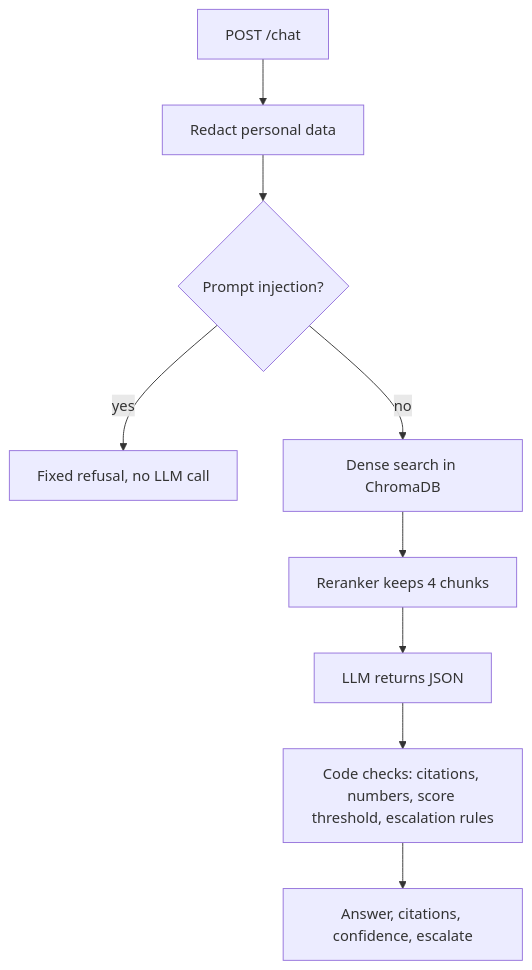
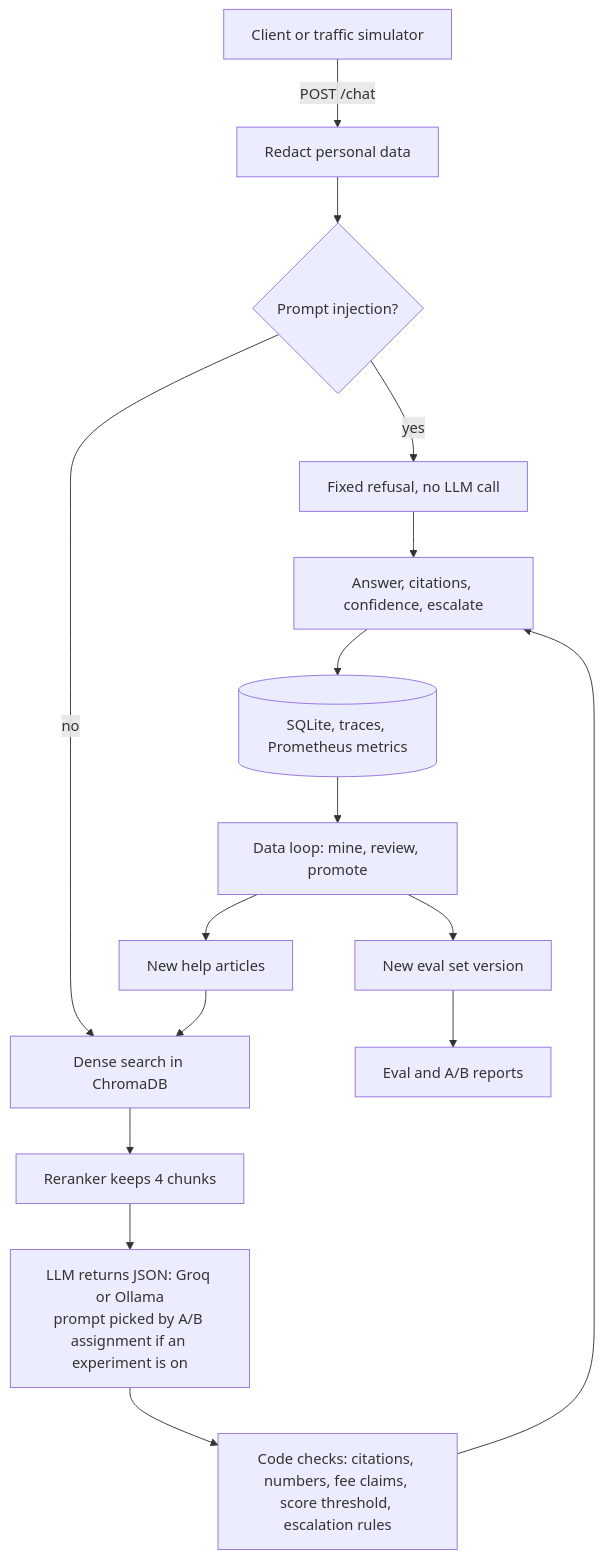
One commit to alphindas/supportloop changed the diagram in README.md. Above: the diagram before and after it, drawn with Mermaid. The commit also changed other lines of this file and 1 other file, not shown here.

````diff
--- a/README.md
+++ b/README.md
@@ -9,11 +10,16 @@
 ```mermaid
 flowchart TD
-    M[POST /chat] --> PII[Redact personal data]
+    C[Client or traffic simulator] -->|POST /chat| PII[Redact personal data]
     PII --> INJ{Prompt injection?}
     INJ -->|yes| REF[Fixed refusal, no LLM call]
     INJ -->|no| S[Dense search in ChromaDB]
     S --> RR[Reranker keeps 4 chunks]
-    RR --> LLM[LLM returns JSON]
-    LLM --> CHK[Code checks: citations, numbers, score threshold, escalation rules]
+    RR --> LLM[LLM returns JSON: Groq or Ollama<br/>prompt picked by A/B assignment if an experiment is on]
+    LLM --> CHK[Code checks: citations, numbers, fee claims, score threshold, escalation rules]
     CHK --> OUT[Answer, citations, confidence, escalate]
+    REF --> OUT
+    OUT --> DB[(SQLite, traces, Prometheus metrics)]
+    DB --> MINE[Data loop: mine, review, promote]
+    MINE --> KB[New help articles] --> S
+    MINE --> EV[New eval set version] --> EVAL[Eval and A/B reports]
 ```
````
